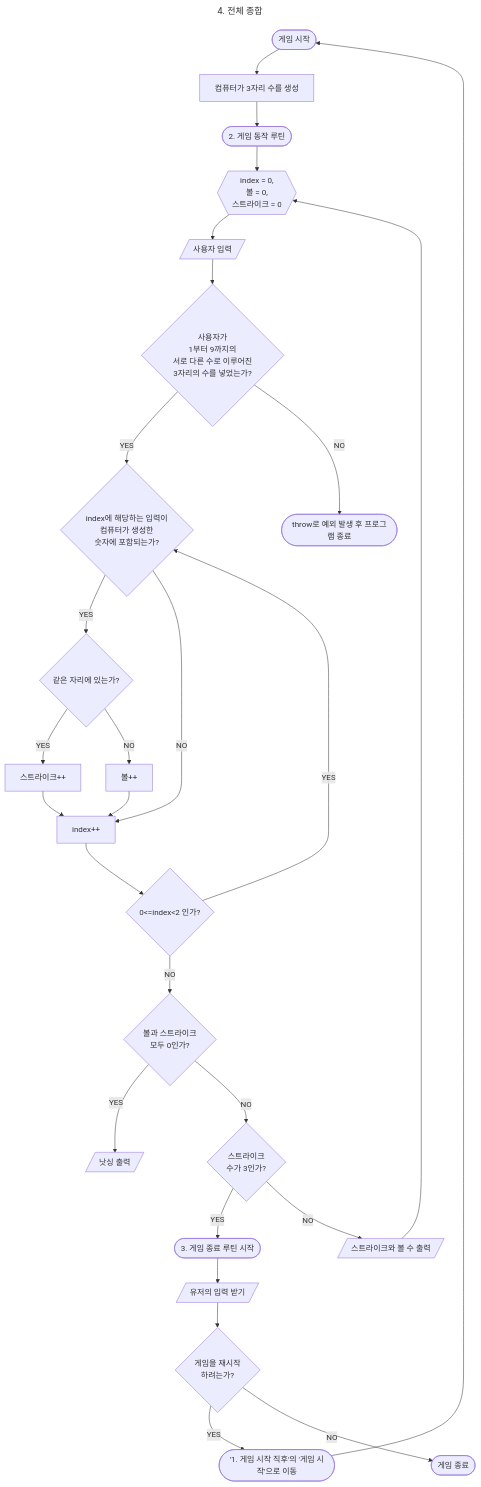
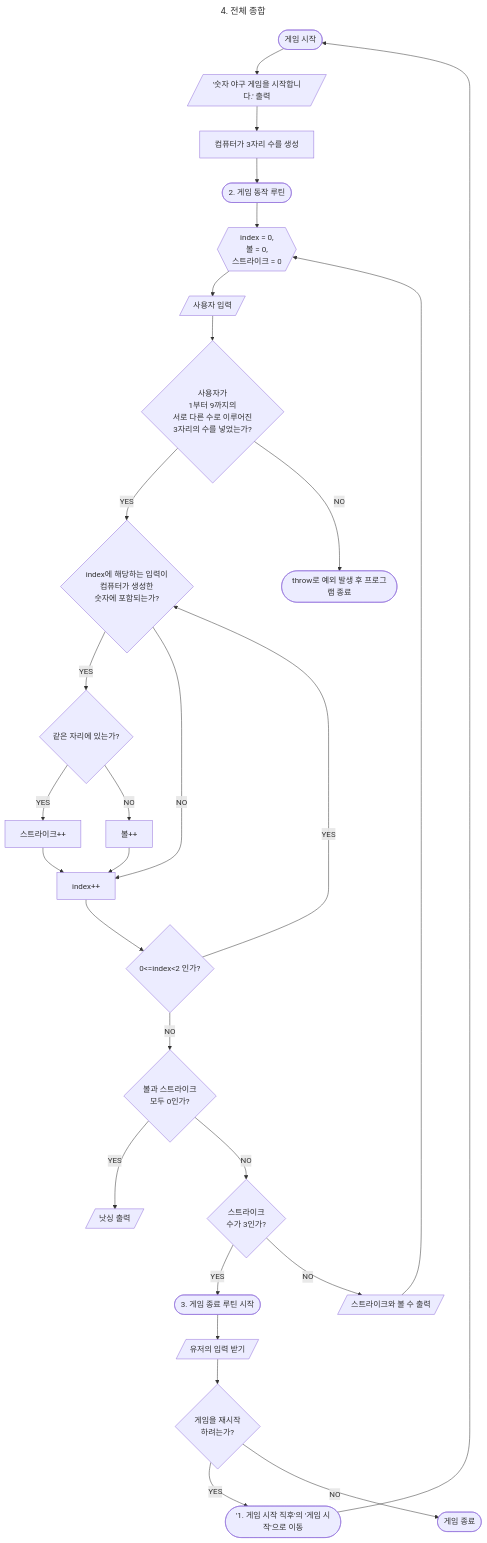
The fourth of 4 diagrams in docs/README.md (woowacourse-precourse/javascript-baseball-6), drawn with Mermaid before and after one commit. The commit also changed other lines of this file, not shown here.

Commit message:
Update README.md
FIXED :: "숫자 야구 게임을 시작합니다." 출력이 반영 안되어 있던 것 수정

````diff
--- a/docs/README.md
+++ b/docs/README.md
@@ -164,78 +166,80 @@
 ```mermaid
 ---
 title: 4. 전체 종합
 ---
 flowchart TD
     start(["게임 시작"]);
+    print[/"'숫자 야구 게임을 시작합니다.' 출력"/];
     generateRandom["컴퓨터가 3자리 수를 생성"];
-    start --> generateRandom;
+    start --> print;
+    print --> generateRandom;
     waiting(["2. 게임 동작 루틴"]);
     generateRandom --> waiting;
 
     index{{"index = 0,
     볼 = 0,
     스트라이크 = 0"}};
 
     userInput1[/"사용자 입력"/];
 
     error{"사용자가 
     1부터 9까지의 
     서로 다른 수로 이루어진 
     3자리의 수를 넣었는가?"};
 
     error2(["throw로 예외 발생 후 프로그램 종료"]);
 
     condition1{"index에 해당하는 입력이
     컴퓨터가 생성한 
     숫자에 포함되는가?"};
 
     condition2{"같은 자리에 있는가?"};
 
     index2["index++"];
 
     strike["스트라이크++"];
 
     ball["볼++"];
 
     condition3{"0<=index<2 인가?"};
 
     condition4{"볼과 스트라이크
      모두 0인가?"};
 
     condition5{"스트라이크 
     수가 3인가?"};
 
     nothin[/"낫싱 출력"/];
     print1[/"스트라이크와 볼 수 출력"/];
 
     waiting --> index;
     index --> userInput1;
     userInput1 --> error;
 
     error --> |"YES"|condition1;
     error --> |"NO"|error2;
     condition1 --> |"YES"|condition2;
     condition1 --> |"NO"|index2;
     condition2 --> |"YES"|strike;
     condition2 --> |"NO"|ball;
     strike --> index2;
     ball --> index2;
     index2 --> condition3;
     condition3 --> |"YES"|condition1;
     condition3 --> |"NO"|condition4
     condition4 --> |"YES"|nothin;
     condition4 --> |"NO"|condition5;
     condition5 --> |"YES"|start_a;
     condition5 --> |"NO"|print1;
     print1 --> index;
     start_a(["3. 게임 종료 루틴 시작"]);
     input_a[/"유저의 입력 받기"/];
     condition_a{"게임을 재시작
      하려는가?"};
     moveStart_a(["'1. 게임 시작 직후'의 '게임 시작'으로 이동"]);
     finish_a(["게임 종료"]);
     start_a --> input_a --> condition_a
     condition_a --> |YES|moveStart_a --> start;
     condition_a --> |NO|finish_a;
 
 ```
````
